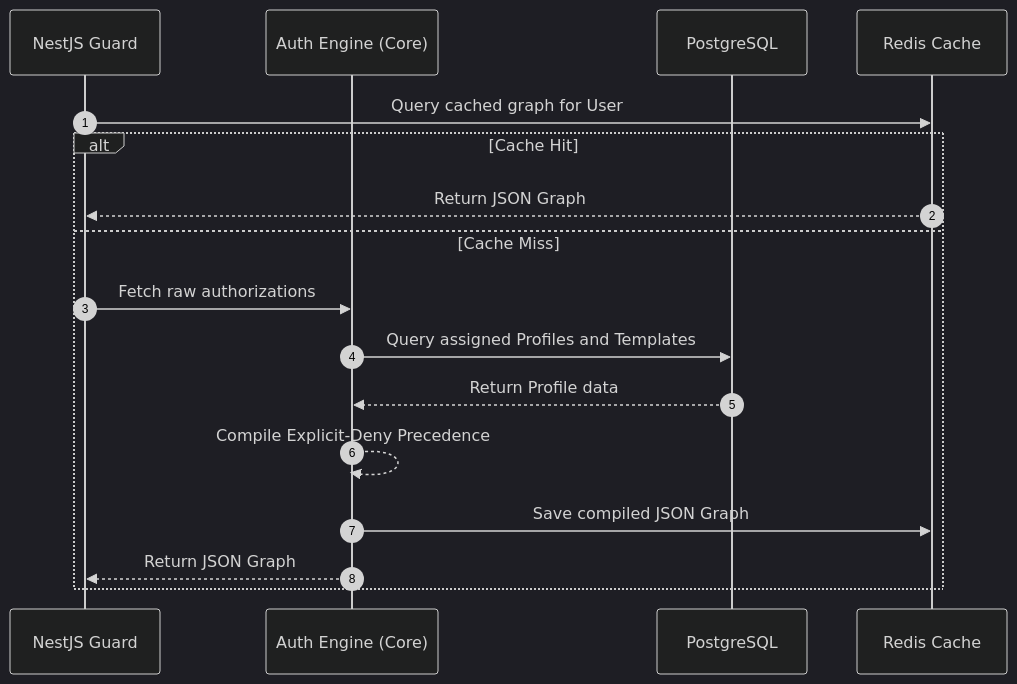
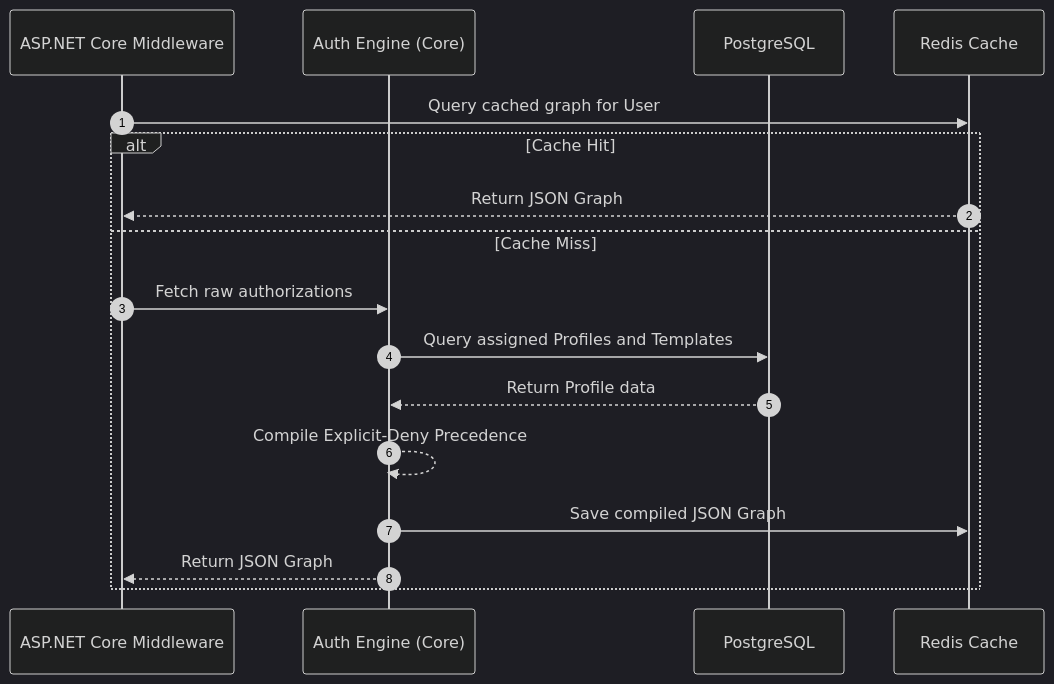
Before and after one commit to beyondnetcode/ums: the diagram in src/ums-workspace/docs/en/01-requirements/usecases/uc-02-build-authorization-graph.md, drawn with Mermaid (dark theme). The commit also changed other lines of this file and 27 other files, not shown here.

Commit message:
docs: fix UTF-8 encoding artifacts and update legacy tech stack to .NET 8 / EF Core across all Phase 01 use cases

````diff
--- a/src/ums-workspace/docs/en/01-requirements/usecases/uc-02-build-authorization-graph.md
+++ b/src/ums-workspace/docs/en/01-requirements/usecases/uc-02-build-authorization-graph.md
@@ -20,20 +20,20 @@
 ```mermaid
 sequenceDiagram
     autonumber
-    participant Guard as NestJS Guard
+    participant Guard as ASP.NET Core Middleware
     participant Engine as Auth Engine (Core)
     participant DB as PostgreSQL
     participant Cache as Redis Cache
 
     Guard->>Cache: Query cached graph for User
     alt Cache Hit
         Cache-->>Guard: Return JSON Graph
     else Cache Miss
         Guard->>Engine: Fetch raw authorizations
         Engine->>DB: Query assigned Profiles and Templates
         DB-->>Engine: Return Profile data
         Engine-->>Engine: Compile Explicit-Deny Precedence
         Engine->>Cache: Save compiled JSON Graph
         Engine-->>Guard: Return JSON Graph
     end
 ```
````
